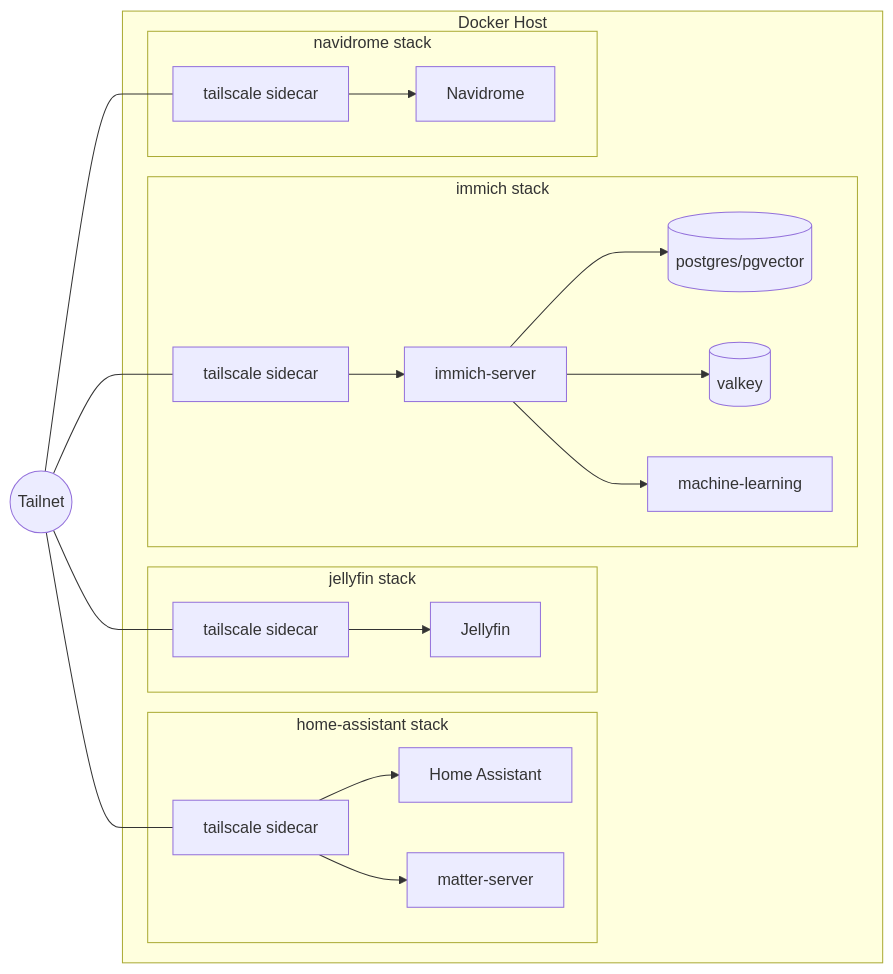
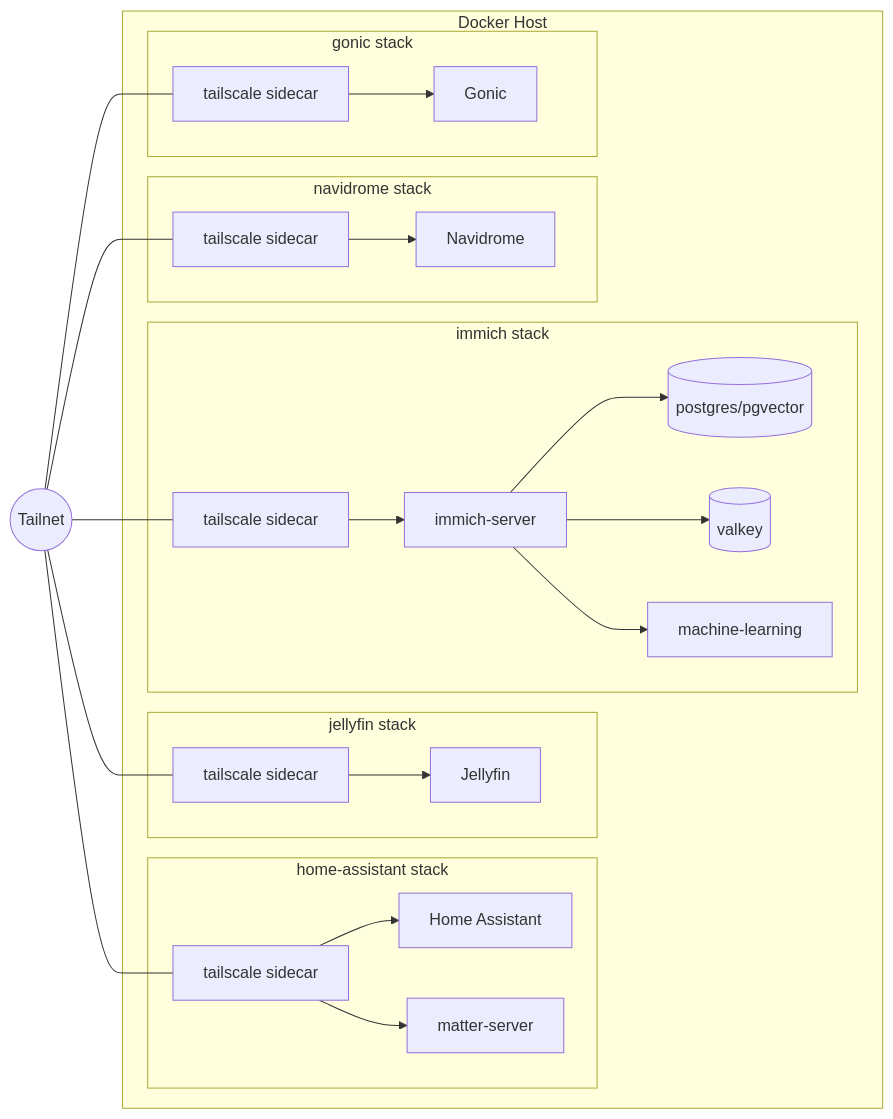
The diagram in README.md (kbario/homelab), drawn with Mermaid before and after one commit. The commit also changed other lines of this file and 12 other files, not shown here.

````diff
--- a/README.md
+++ b/README.md
@@ -9,25 +9,29 @@
 ```mermaid
 flowchart LR
   subgraph host [Docker Host]
     subgraph ha [home-assistant stack]
       tsHA[tailscale sidecar] --> HA[Home Assistant]
       tsHA --> Matter[matter-server]
     end
     subgraph jf [jellyfin stack]
       tsJF[tailscale sidecar] --> JF[Jellyfin]
     end
     subgraph im [immich stack]
       tsIM[tailscale sidecar] --> IMS[immich-server]
       IMS --> DB[(postgres/pgvector)]
       IMS --> Redis[(valkey)]
       IMS --> ML[machine-learning]
     end
     subgraph nd [navidrome stack]
       tsND[tailscale sidecar] --> ND[Navidrome]
     end
+    subgraph go [gonic stack]
+      tsGO[tailscale sidecar] --> GO[Gonic]
+    end
   end
   Tailnet((Tailnet)) --- tsHA
   Tailnet --- tsJF
   Tailnet --- tsIM
   Tailnet --- tsND
+  Tailnet --- tsGO
 ```
````
